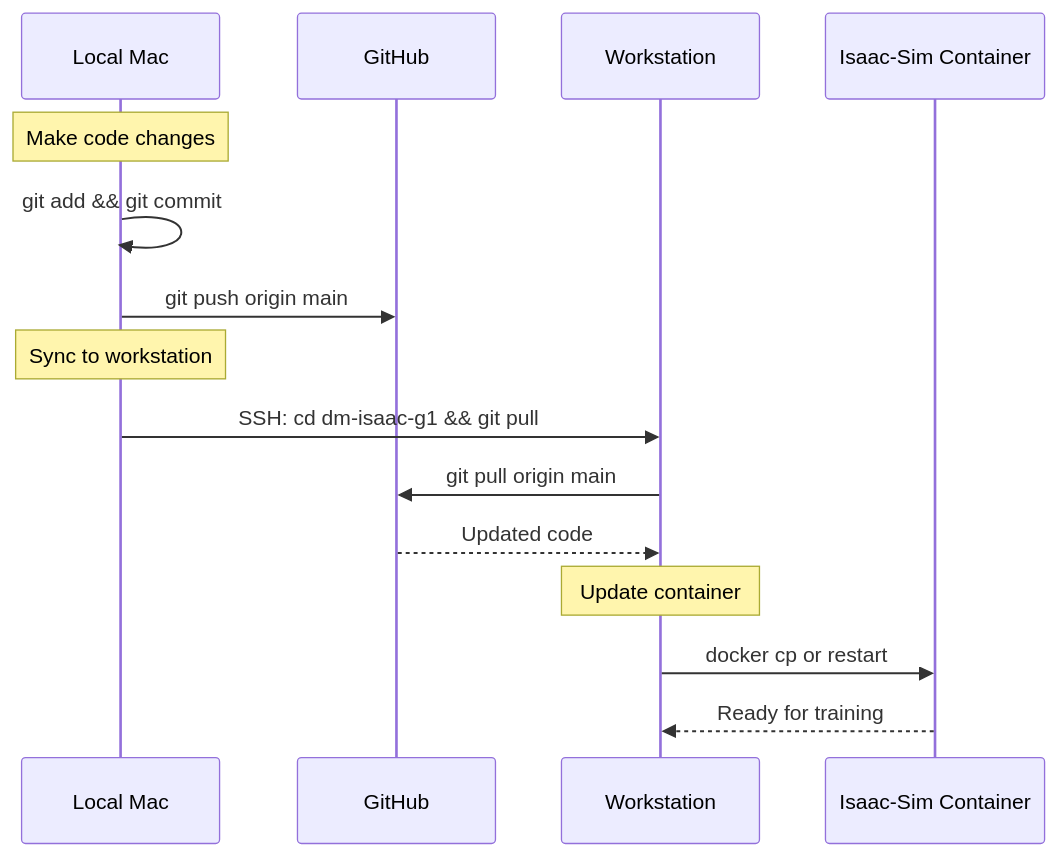
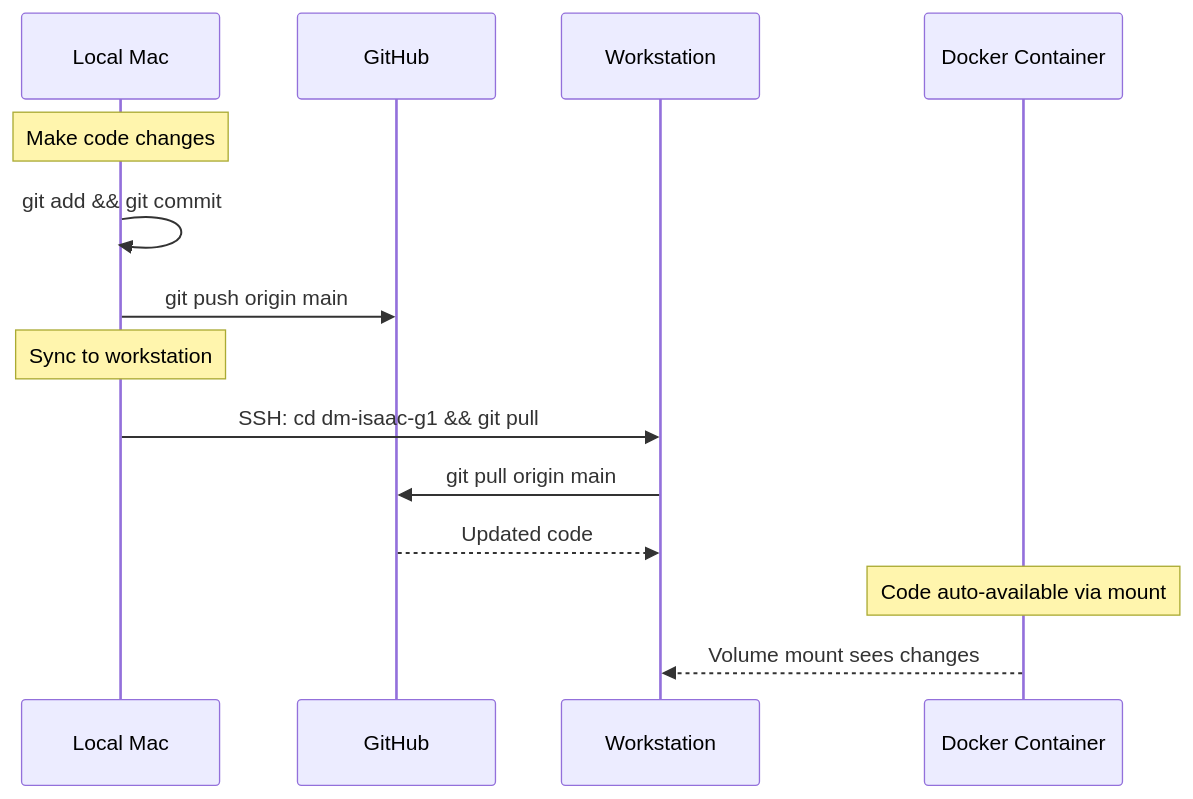
Before and after one commit to datamentors/dm-isaac-g1: the diagram in agent.md, drawn with Mermaid. The commit also changed other lines of this file and 10 other files, not shown here.

````diff
--- a/agent.md
+++ b/agent.md
@@ -13,20 +34,19 @@
 ```mermaid
 sequenceDiagram
     participant Local as Local Mac
     participant GitHub as GitHub
     participant WS as Workstation
-    participant Docker as Isaac-Sim Container
+    participant Docker as Docker Container
 
     Note over Local: Make code changes
     Local->>Local: git add && git commit
     Local->>GitHub: git push origin main
 
     Note over Local: Sync to workstation
     Local->>WS: SSH: cd dm-isaac-g1 && git pull
     WS->>GitHub: git pull origin main
     GitHub-->>WS: Updated code
 
-    Note over WS: Update container
-    WS->>Docker: docker cp or restart
-    Docker-->>WS: Ready for training
+    Note over Docker: Code auto-available via mount
+    Docker-->>WS: Volume mount sees changes
 ```
````
